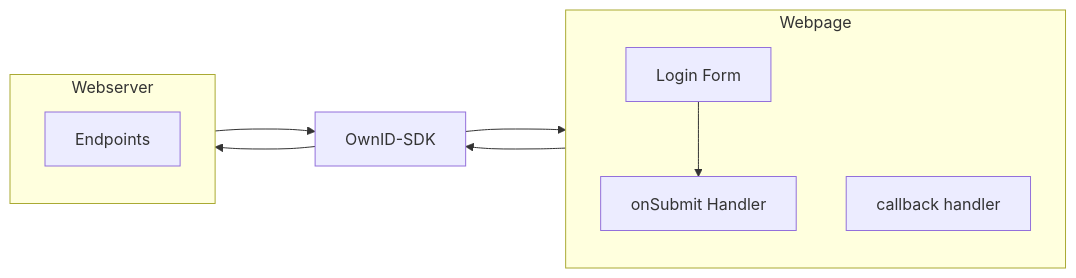
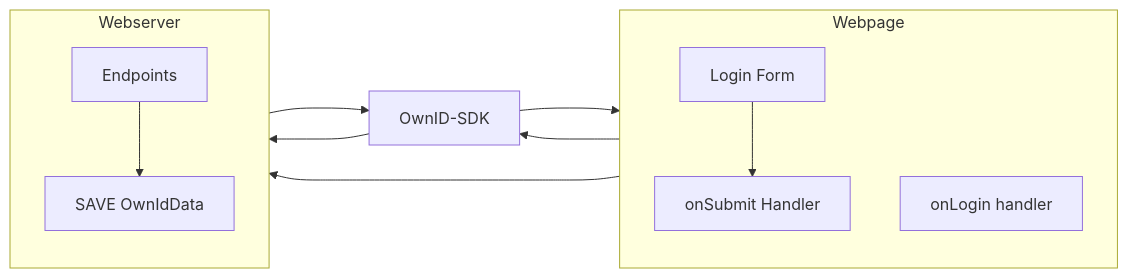
One commit to fearmonkey/docs changed the diagram in building-blocks/build-login.mdx. Above: the diagram before and after it, drawn with Mermaid. The commit also changed other lines of this file and 2 other files, not shown here.

Commit message:
Documentation edits made through Mintlify web editor

````diff
--- a/building-blocks/build-login.mdx
+++ b/building-blocks/build-login.mdx
@@ -8,21 +8,23 @@
 ```mermaid
   flowchart LR
     subgraph Webpage
         direction TB
         top1[Login Form] --> bottom1[onSubmit Handler]
-        bottom3[callback handler]
+        bottom3[onLogin handler]
     end
     subgraph Webserver
         direction TB
-        top2[Endpoints] 
+        top2[Endpoints] --> bottom6[SAVE OwnIdData]
+        
     end
     %% ^ These subgraphs are identical, except for the links to them:
 
     %% Link *to* subgraph1: subgraph1 direction is maintained
-    bottom1 --> OwnID-SDK 
+    bottom1 --> Webserver 
     %% Link *within* subgraph2:
     %% subgraph2 inherits the direction of the top-level graph (LR)
     OwnID-SDK ---> top2
     top2 ---> OwnID-SDK
     OwnID-SDK ---> bottom3
+    bottom3 ---> OwnID-SDK
 ```
````
